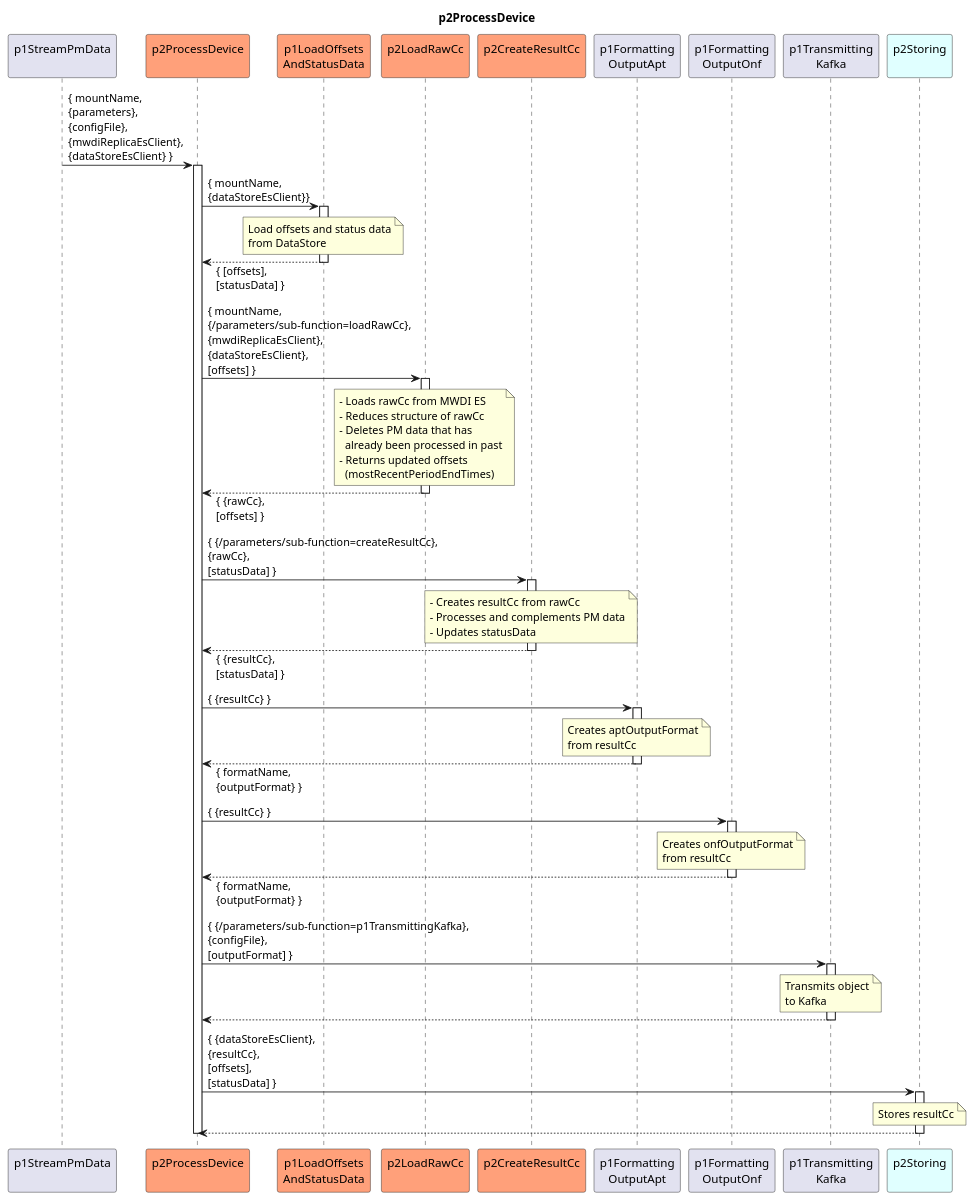
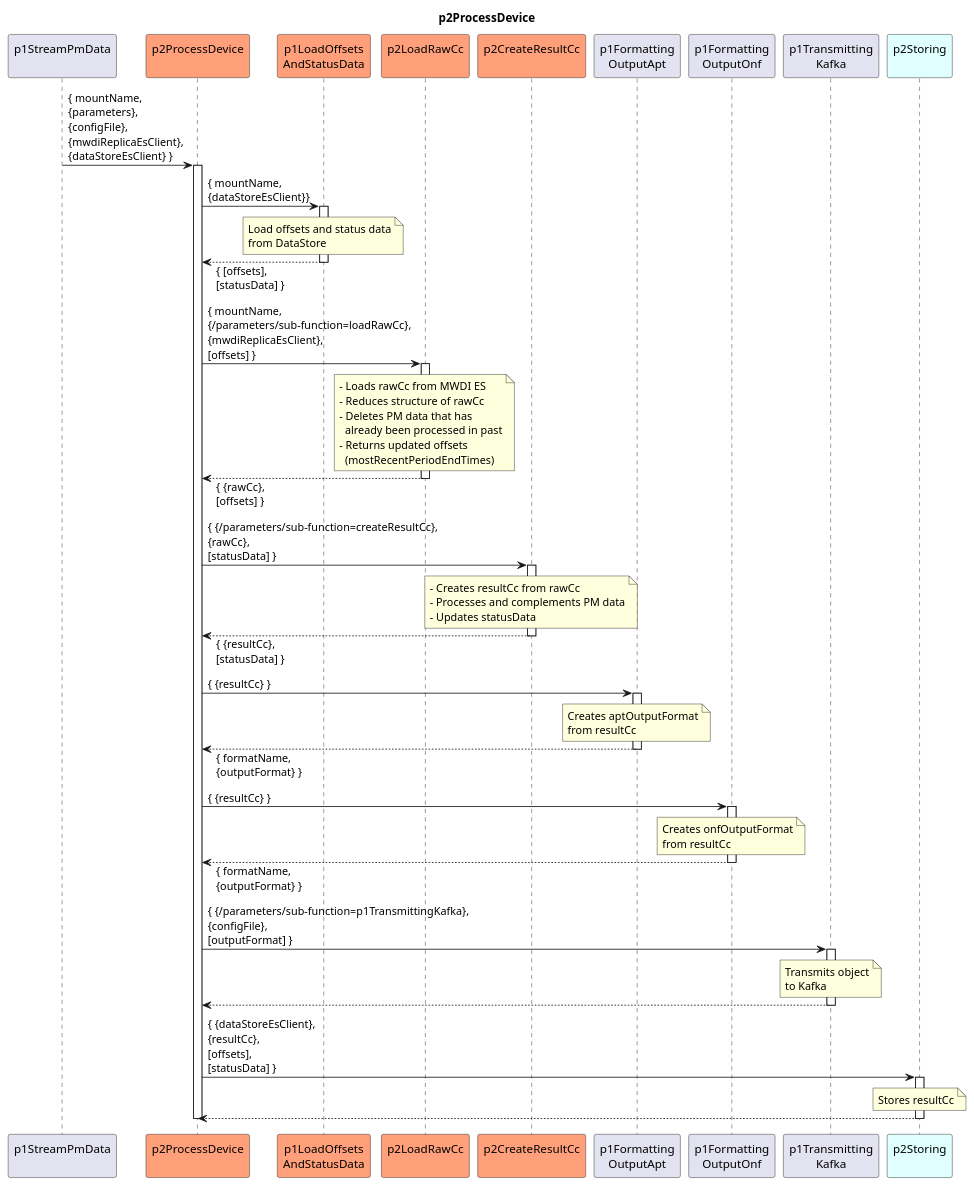
Before and after one commit to openBackhaul/DevicePerformanceManagementDataProcessor: the diagram in spec/Functions/p1StreamPmData/p2ProcessDevice/1.0.0/p2ProcessDevice.plantuml, drawn with PlantUML. The commit also changed 2 other files, not shown here.

Commit message:
remove in processDevice: dataStoreEsClient from input to p2LoadRawCc

```diff
--- a/spec/Functions/p1StreamPmData/p2ProcessDevice/1.0.0/p2ProcessDevice.plantuml
+++ b/spec/Functions/p1StreamPmData/p2ProcessDevice/1.0.0/p2ProcessDevice.plantuml
@@ -1,112 +1,112 @@
 @startuml p2ProcessDevice
 skinparam responseMessageBelowArrow true
 
 title
   p2ProcessDevice
 end title
 
 participant "p1StreamPmData\n" as requestor
 participant "p2ProcessDevice\n" as cur #LightSalmon
 participant "p1LoadOffsets\nAndStatusData" as p1Offset #LightSalmon
 participant "p2LoadRawCc\n" as p2AddRaw #LightSalmon
 participant "p2CreateResultCc\n" as p2CreateResCc #LightSalmon
 participant "p1Formatting\nOutputApt" as p1OutputApt
 participant "p1Formatting\nOutputOnf" as p1OutputOnf
 participant "p1Transmitting\nKafka" as p1Trans
 participant "p2Storing\n" as p2Store #LightCyan
 
 
 requestor -> cur : { mountName,\n{parameters},\n{configFile},\n{mwdiReplicaEsClient},\n{dataStoreEsClient} }
 activate cur
 
   'LoadOffestsAndStatusData
   cur -> p1Offset: { mountName,\n{dataStoreEsClient}}
   activate p1Offset
 
     note over p1Offset
       Load offsets and status data
       from DataStore
     end note
 
   cur <-- p1Offset: { [offsets],\n[statusData] }
   deactivate p1Offset
 
   'LoadRawCc
-  cur -> p2AddRaw : { mountName,\n{/parameters/sub-function=loadRawCc},\n{mwdiReplicaEsClient},\n{dataStoreEsClient},\n[offsets] }
+  cur -> p2AddRaw : { mountName,\n{/parameters/sub-function=loadRawCc},\n{mwdiReplicaEsClient},\n[offsets] }
   activate p2AddRaw
 
     note over p2AddRaw
       - Loads rawCc from MWDI ES
       - Reduces structure of rawCc
       - Deletes PM data that has
         already been processed in past
       - Returns updated offsets
         (mostRecentPeriodEndTimes)
     end note
 
   cur <-- p2AddRaw : { {rawCc},\n[offsets] }
   deactivate p2AddRaw
 
   'CreateResultCc
   cur -> p2CreateResCc : { {/parameters/sub-function=createResultCc},\n{rawCc},\n[statusData] }
   activate p2CreateResCc
 
     note over p2CreateResCc
       - Creates resultCc from rawCc
       - Processes and complements PM data
       - Updates statusData
     end note
 
   cur <-- p2CreateResCc :  { {resultCc},\n[statusData] }
   deactivate p2CreateResCc
 
   'FormattingOutputApt
   cur -> p1OutputApt : { {resultCc} }
   activate p1OutputApt
 
     note over p1OutputApt
       Creates aptOutputFormat
       from resultCc
     end note
 
   cur <-- p1OutputApt : { formatName,\n{outputFormat} }
   deactivate p1OutputApt
 
   'FormattingOutputOnf
   cur -> p1OutputOnf : { {resultCc} }
   activate p1OutputOnf
 
     note over p1OutputOnf
       Creates onfOutputFormat
       from resultCc
     end note
 
   cur <-- p1OutputOnf : { formatName,\n{outputFormat} }
   deactivate p1OutputOnf
 
   'TransmittingKafka
   cur -> p1Trans : { {/parameters/sub-function=p1TransmittingKafka},\n{configFile},\n[outputFormat] }
   activate p1Trans
 
     note over p1Trans
       Transmits object
       to Kafka
     end note
 
   cur <-- p1Trans
   deactivate p1Trans
 
   'Storing
   cur -> p2Store : { {dataStoreEsClient},\n{resultCc},\n[offsets],\n[statusData] }
   activate p2Store
 
     note over p2Store
       Stores resultCc
     end note
 
   cur <-- p2Store
   deactivate p2Store
 
 deactivate cur
 
 @enduml
```
